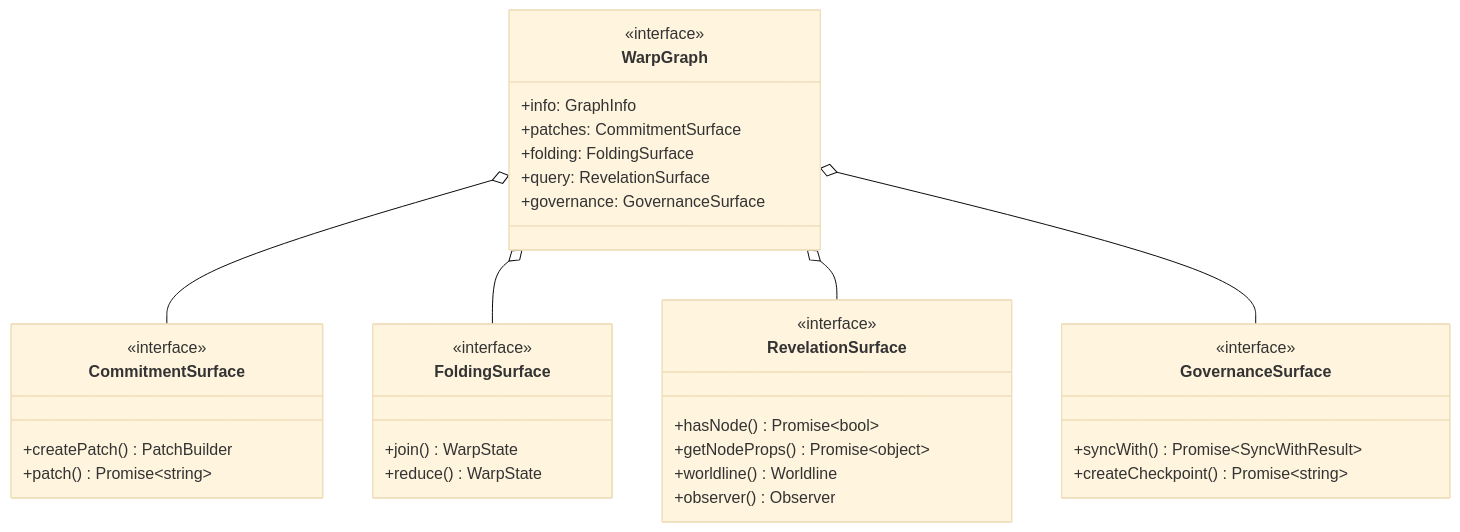
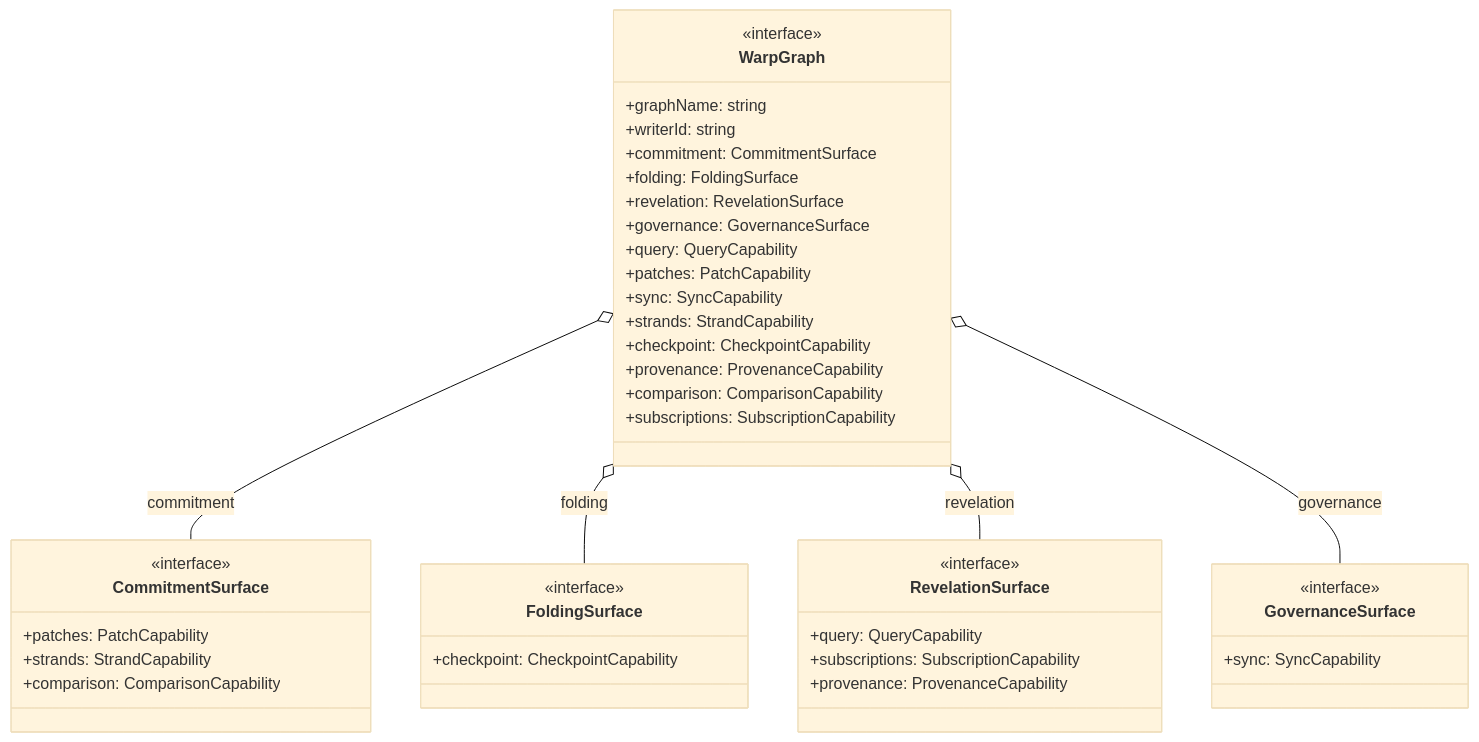
Before and after one commit to git-stunts/git-warp: the fourth of 4 diagrams in TECHNICAL_TEARDOWN.md, drawn with Mermaid (base theme). The commit also changed other lines of this file, not shown here.

````diff
--- a/TECHNICAL_TEARDOWN.md
+++ b/TECHNICAL_TEARDOWN.md
@@ -207,42 +196,49 @@
 ```mermaid
 classDiagram
     class WarpGraph {
         <<interface>>
-        +info: GraphInfo
-        +patches: CommitmentSurface
+        +graphName: string
+        +writerId: string
+        +commitment: CommitmentSurface
         +folding: FoldingSurface
-        +query: RevelationSurface
+        +revelation: RevelationSurface
         +governance: GovernanceSurface
+        +query: QueryCapability
+        +patches: PatchCapability
+        +sync: SyncCapability
+        +strands: StrandCapability
+        +checkpoint: CheckpointCapability
+        +provenance: ProvenanceCapability
+        +comparison: ComparisonCapability
+        +subscriptions: SubscriptionCapability
     }
 
     class CommitmentSurface {
         <<interface>>
-        +createPatch() PatchBuilder
-        +patch() Promise~string~
+        +patches: PatchCapability
+        +strands: StrandCapability
+        +comparison: ComparisonCapability
     }
 
     class FoldingSurface {
         <<interface>>
-        +join() WarpState
-        +reduce() WarpState
+        +checkpoint: CheckpointCapability
     }
 
     class RevelationSurface {
         <<interface>>
-        +hasNode() Promise~bool~
-        +getNodeProps() Promise~object~
-        +worldline() Worldline
-        +observer() Observer
+        +query: QueryCapability
+        +subscriptions: SubscriptionCapability
+        +provenance: ProvenanceCapability
     }
 
     class GovernanceSurface {
         <<interface>>
-        +syncWith() Promise~SyncWithResult~
-        +createCheckpoint() Promise~string~
+        +sync: SyncCapability
     }
 
-    WarpGraph o-- CommitmentSurface
-    WarpGraph o-- FoldingSurface
-    WarpGraph o-- RevelationSurface
-    WarpGraph o-- GovernanceSurface
+    WarpGraph o-- CommitmentSurface : commitment
+    WarpGraph o-- FoldingSurface : folding
+    WarpGraph o-- RevelationSurface : revelation
+    WarpGraph o-- GovernanceSurface : governance
 ```
````
